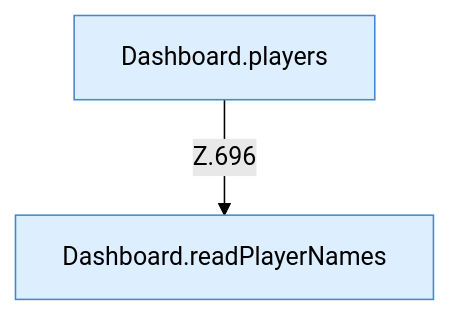
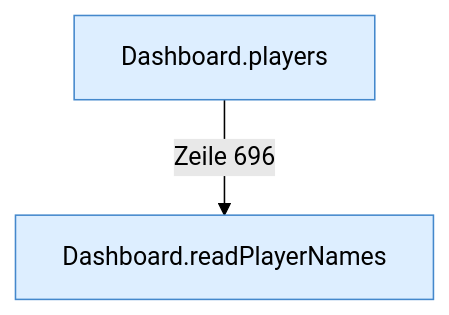
One commit to PrinceDiamant/minecraft-serverhoster-plugin changed the diagram in API-Spieler.md. Above: the diagram before and after it, drawn with Mermaid (forest theme). The commit also changed other lines of this file and 2005 other files, not shown here.

````diff
--- a/API-Spieler.md
+++ b/API-Spieler.md
@@ -5,8 +5,8 @@
 ```mermaid
 flowchart TD
   n1["Dashboard.players"]:::internal-link
   n2["Dashboard.readPlayerNames"]:::internal-link
-  n1 -->|"Z.696"| n2
+  n1 -->|"Zeile 696"| n2
   classDef internal-link fill:#ddeeff,stroke:#4488cc
   classDef befund fill:#f88
 ```
````
